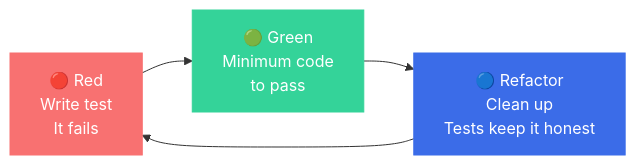
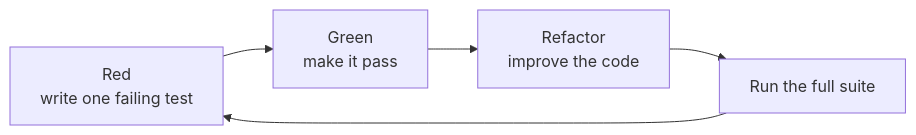
The second of 2 diagrams in tutorials/testing-ai-generated-code/LESSON.md (owainlewis/youtube-tutorials), drawn with Mermaid before and after one commit. The commit also changed other lines of this file and 20 other files, not shown here.

````diff
--- a/tutorials/testing-ai-generated-code/LESSON.md
+++ b/tutorials/testing-ai-generated-code/LESSON.md
@@ -72,8 +79,7 @@
 ```mermaid
 flowchart LR
-    R["🔴 Red\nWrite test\nIt fails"] --> G["🟢 Green\nMinimum code\nto pass"] --> RF["🔵 Refactor\nClean up\nTests keep it honest"] --> R
-
-    style R fill:#f87171,color:#fff,stroke:#f87171
-    style G fill:#34d399,color:#fff,stroke:#34d399
-    style RF fill:#3b6ce8,color:#fff,stroke:#3b6ce8
+    R["Red<br/>write one failing test"] --> G["Green<br/>make it pass"]
+    G --> F["Refactor<br/>improve the code"]
+    F --> S["Run the full suite"]
+    S --> R
 ```
````
